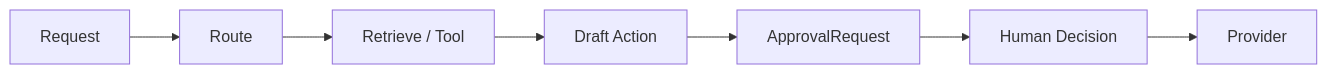
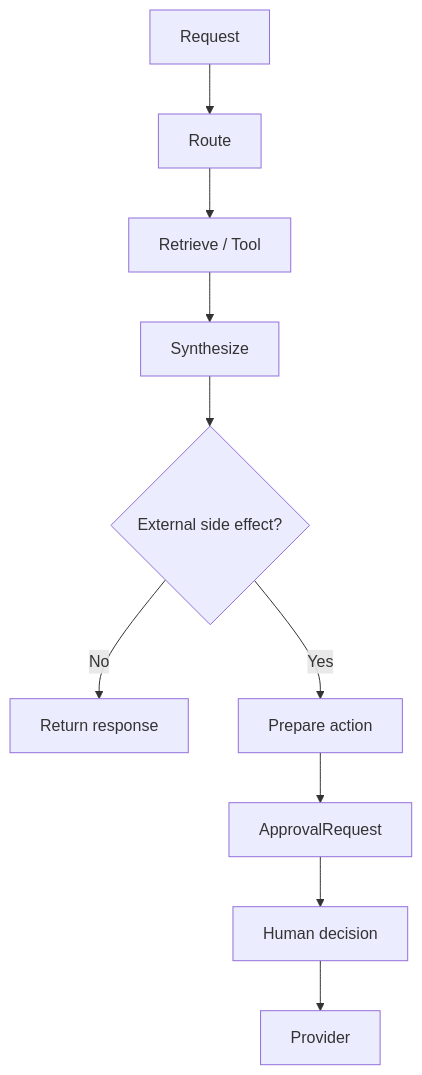
The third of 3 diagrams in README.md (Fejjii/OnePilot-AI), drawn with Mermaid before and after one commit. The commit also changed other lines of this file and 2 other files, not shown here.

First line of the commit message:
docs: show read-only vs approval-gated paths in architecture diagrams

````diff
--- a/README.md
+++ b/README.md
@@ -196,9 +206,12 @@
 ```mermaid
-flowchart LR
+flowchart TD
     Req["Request"] --> Route["Route"]
     Route --> Tools["Retrieve / Tool"]
-    Tools --> Draft["Draft Action"]
-    Draft --> AR["ApprovalRequest"]
-    AR --> Human["Human Decision"]
+    Tools --> Syn["Synthesize"]
+    Syn --> Side{"External side effect?"}
+    Side -->|No| Return["Return response"]
+    Side -->|Yes| Prep["Prepare action"]
+    Prep --> AR["ApprovalRequest"]
+    AR --> Human["Human decision"]
     Human --> Provider["Provider"]
 ```
````
